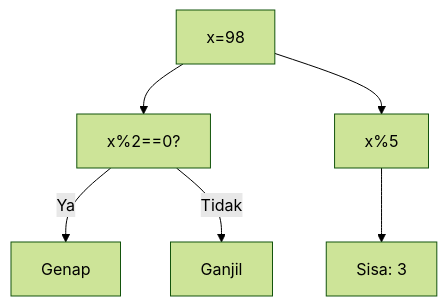
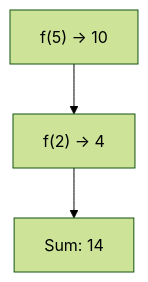
One commit to amnahwaida/OSNK_INF_PREP changed the sixth of 25 diagrams in part-c-pemahaman-cpp/04-fungsi/latihan/set-08.md. Above: the diagram before and after it, drawn with Mermaid (forest theme). The commit also changed other lines of this file and 71 other files, not shown here.

````diff
--- a/part-c-pemahaman-cpp/04-fungsi/latihan/set-08.md
+++ b/part-c-pemahaman-cpp/04-fungsi/latihan/set-08.md
@@ -171,8 +155,5 @@
 ```mermaid
 graph TD
-A["x=98"] --> B["x%2==0?"]
-B -- Ya --> C["Genap"]
-B -- Tidak --> D["Ganjil"]
-A --> E["x%5"]
-E --> F["Sisa: 3"]
+A["f(5) -> 10"] --> B["f(2) -> 4"]
+B --> C["Sum: 14"]
 ```
````
